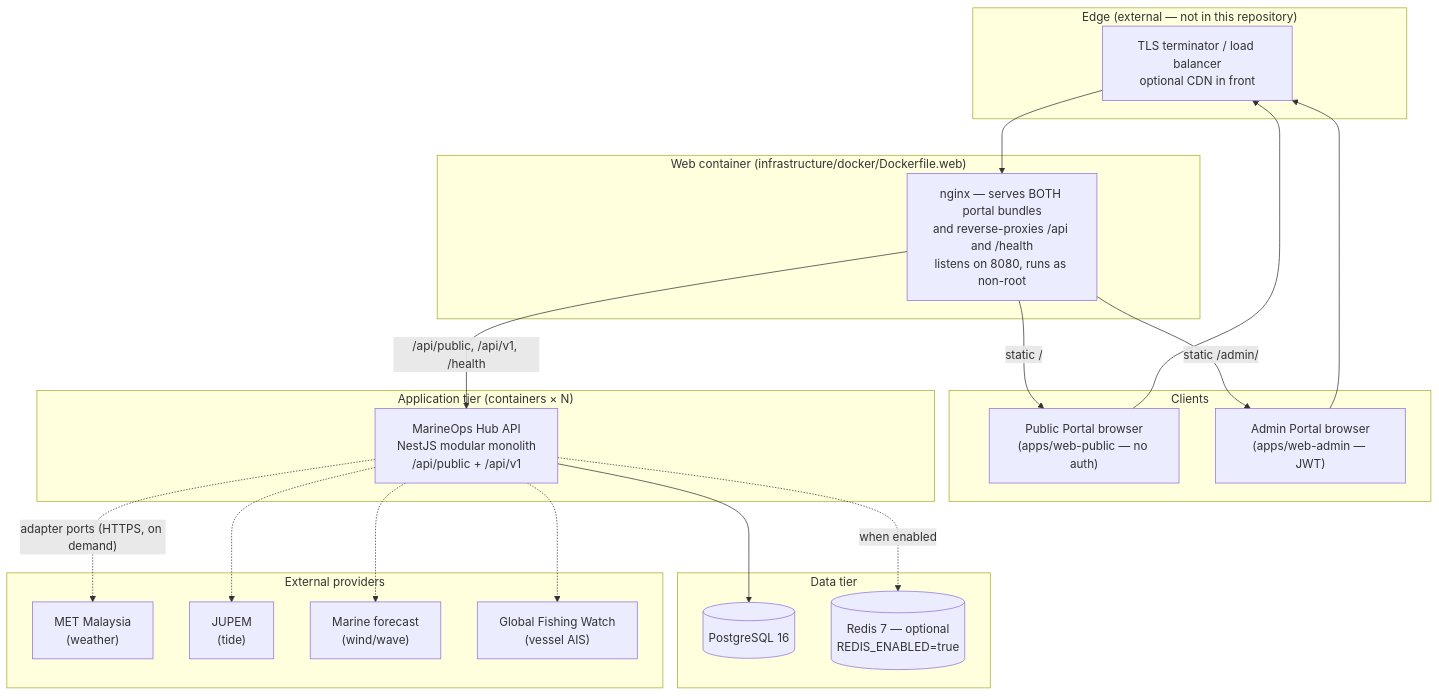
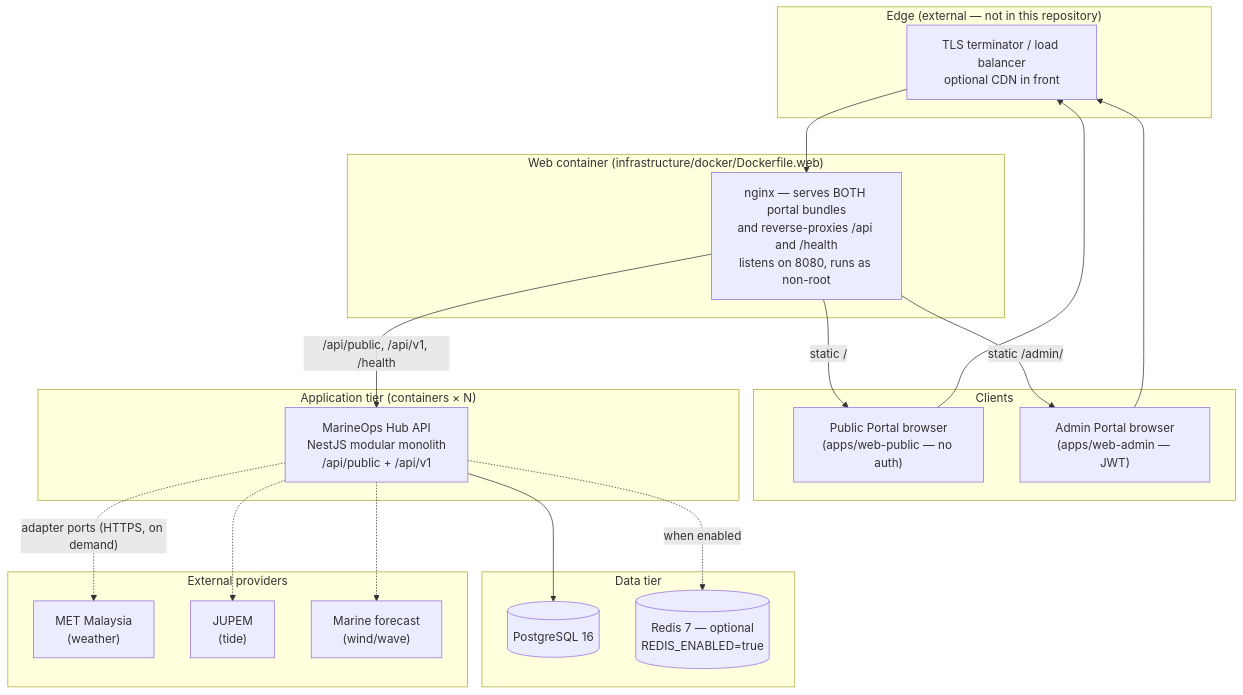
The first of 2 diagrams in docs/architecture/DEPLOYMENT.md (lqpcbaru/MarineOps-Calendar), drawn with Mermaid before and after one commit. The commit also changed 43 other files, not shown here.

````diff
--- a/docs/architecture/DEPLOYMENT.md
+++ b/docs/architecture/DEPLOYMENT.md
@@ -13,46 +13,44 @@
 ```mermaid
 flowchart TB
     subgraph EDGE["Edge (external — not in this repository)"]
         LB["TLS terminator / load balancer<br/>optional CDN in front"]
     end
 
     subgraph USERS["Clients"]
         PUB["Public Portal browser<br/>(apps/web-public — no auth)"]
         ADM["Admin Portal browser<br/>(apps/web-admin — JWT)"]
     end
 
     subgraph WEBTIER["Web container (infrastructure/docker/Dockerfile.web)"]
         NGINX["nginx — serves BOTH portal bundles<br/>and reverse-proxies /api and /health<br/>listens on 8080, runs as non-root"]
     end
 
     subgraph APP["Application tier (containers × N)"]
         API["MarineOps Hub API<br/>NestJS modular monolith<br/>/api/public + /api/v1"]
     end
 
     subgraph DATA["Data tier"]
         PG[("PostgreSQL 16")]
         REDIS[("Redis 7 — optional<br/>REDIS_ENABLED=true")]
     end
 
     subgraph EXT["External providers"]
         MET["MET Malaysia<br/>(weather)"]
         JUPEM["JUPEM<br/>(tide)"]
         MARINE["Marine forecast<br/>(wind/wave)"]
-        GFW["Global Fishing Watch<br/>(vessel AIS)"]
     end
 
     PUB --> LB
     ADM --> LB
     LB --> NGINX
 
     NGINX -->|"static /"| PUB
     NGINX -->|"static /admin/"| ADM
     NGINX -->|"/api/public, /api/v1, /health"| API
 
     API --> PG
     API -.->|"when enabled"| REDIS
     API -.->|"adapter ports (HTTPS, on demand)"| MET
     API -.-> JUPEM
     API -.-> MARINE
-    API -.-> GFW
 ```
````
